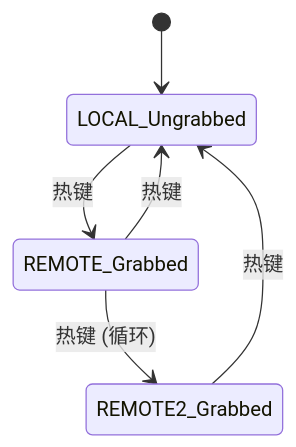
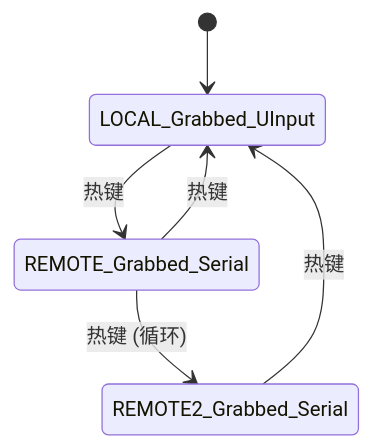
One commit to ZHLHZHU/unifying-kvm changed the fourth of 5 diagrams in docs/TECHNICAL.md. Above: the diagram before and after it, drawn with Mermaid. The commit also changed other lines of this file and 3 other files, not shown here.

````diff
--- a/docs/TECHNICAL.md
+++ b/docs/TECHNICAL.md
@@ -303,8 +332,8 @@
 ```mermaid
 stateDiagram-v2
-    [*] --> LOCAL_Ungrabbed
-    LOCAL_Ungrabbed --> REMOTE_Grabbed : 热键
-    REMOTE_Grabbed --> REMOTE2_Grabbed : 热键 (循环)
-    REMOTE2_Grabbed --> LOCAL_Ungrabbed : 热键
-    REMOTE_Grabbed --> LOCAL_Ungrabbed : 热键
+    [*] --> LOCAL_Grabbed_UInput
+    LOCAL_Grabbed_UInput --> REMOTE_Grabbed_Serial : 热键
+    REMOTE_Grabbed_Serial --> REMOTE2_Grabbed_Serial : 热键 (循环)
+    REMOTE2_Grabbed_Serial --> LOCAL_Grabbed_UInput : 热键
+    REMOTE_Grabbed_Serial --> LOCAL_Grabbed_UInput : 热键
 ```
````
